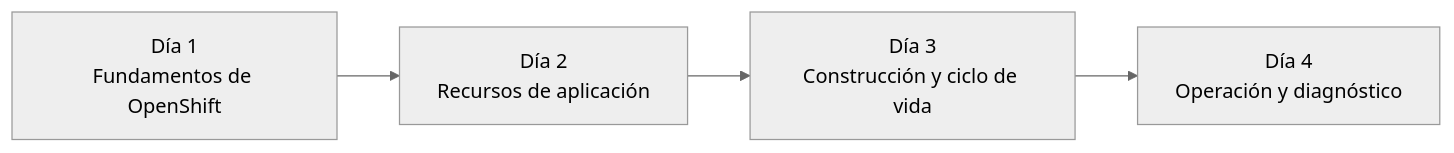
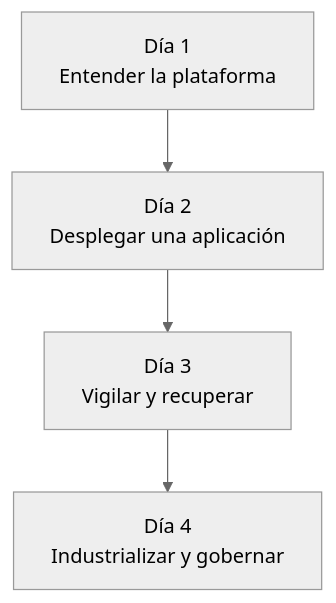
One commit to ieftraining/curso-openshift changed the diagram in docs/sesion1/1.1 Introduccion.md. Above: the diagram before and after it, drawn with Mermaid (neutral theme). The commit also changed other lines of this file, not shown here.

````diff
--- a/docs/sesion1/1.1 Introduccion.md
+++ b/docs/sesion1/1.1 Introduccion.md
@@ -25,12 +25,11 @@
 ```mermaid
-flowchart LR
-
-    D1["Día 1<br/>Fundamentos de OpenShift"]
-    D2["Día 2<br/>Recursos de aplicación"]
-    D3["Día 3<br/>Construcción y ciclo de vida"]
-    D4["Día 4<br/>Operación y diagnóstico"]
+flowchart TD
+    D1["Día 1<br/>Entender la plataforma"]
+    D2["Día 2<br/>Desplegar una aplicación"]
+    D3["Día 3<br/>Vigilar y recuperar"]
+    D4["Día 4<br/>Industrializar y gobernar"]
 
     D1 --> D2
     D2 --> D3
     D3 --> D4
 ```
````
